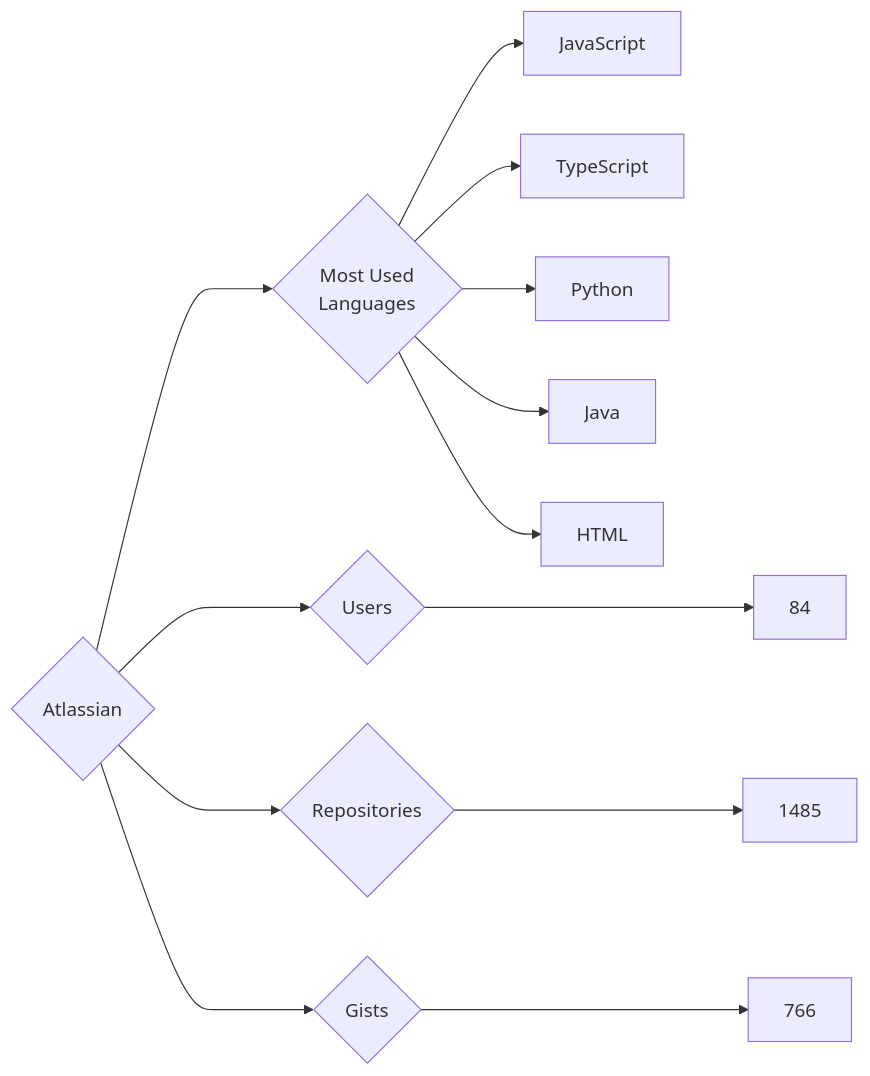
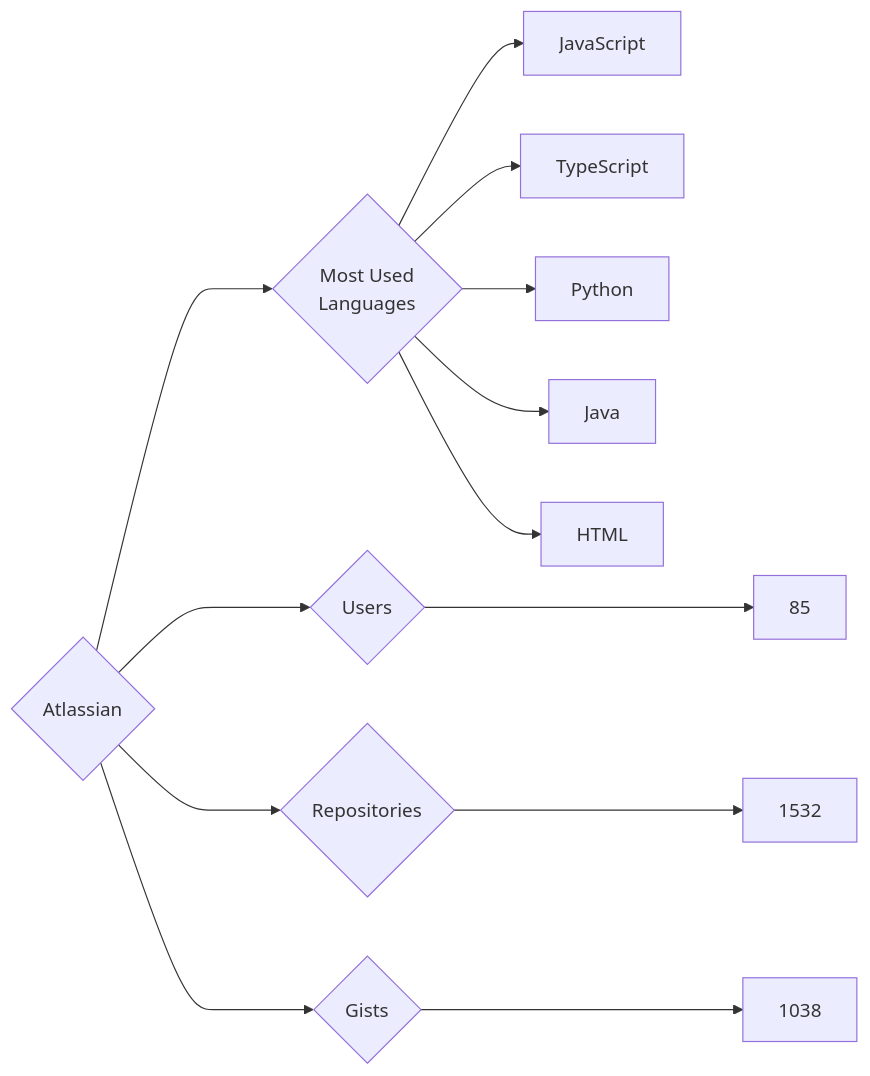
One commit to trickest/insiders changed the diagram in targets/Atlassian/README.md. Above: the diagram before and after it, drawn with Mermaid. The commit also changed 838 other files, not shown here.

````diff
--- a/targets/Atlassian/README.md
+++ b/targets/Atlassian/README.md
@@ -3,13 +3,13 @@
 ```mermaid
 graph LR
 COMPANY_NAME{Atlassian}
-COMPANY_NAME ---> U{Users} ---> UN[84]
-COMPANY_NAME ---> R{Repositories} ---> RN[1485]
-COMPANY_NAME ---> G{Gists} ---> GN[766]
+COMPANY_NAME ---> U{Users} ---> UN[85]
+COMPANY_NAME ---> R{Repositories} ---> RN[1532]
+COMPANY_NAME ---> G{Gists} ---> GN[1038]
 COMPANY_NAME ---> ML{Most Used<br>Languages}
 ML --> JavaScript[JavaScript]
 ML --> TypeScript[TypeScript]
 ML --> Python[Python]
 ML --> Java[Java]
 ML --> HTML[HTML]
 ```
````
